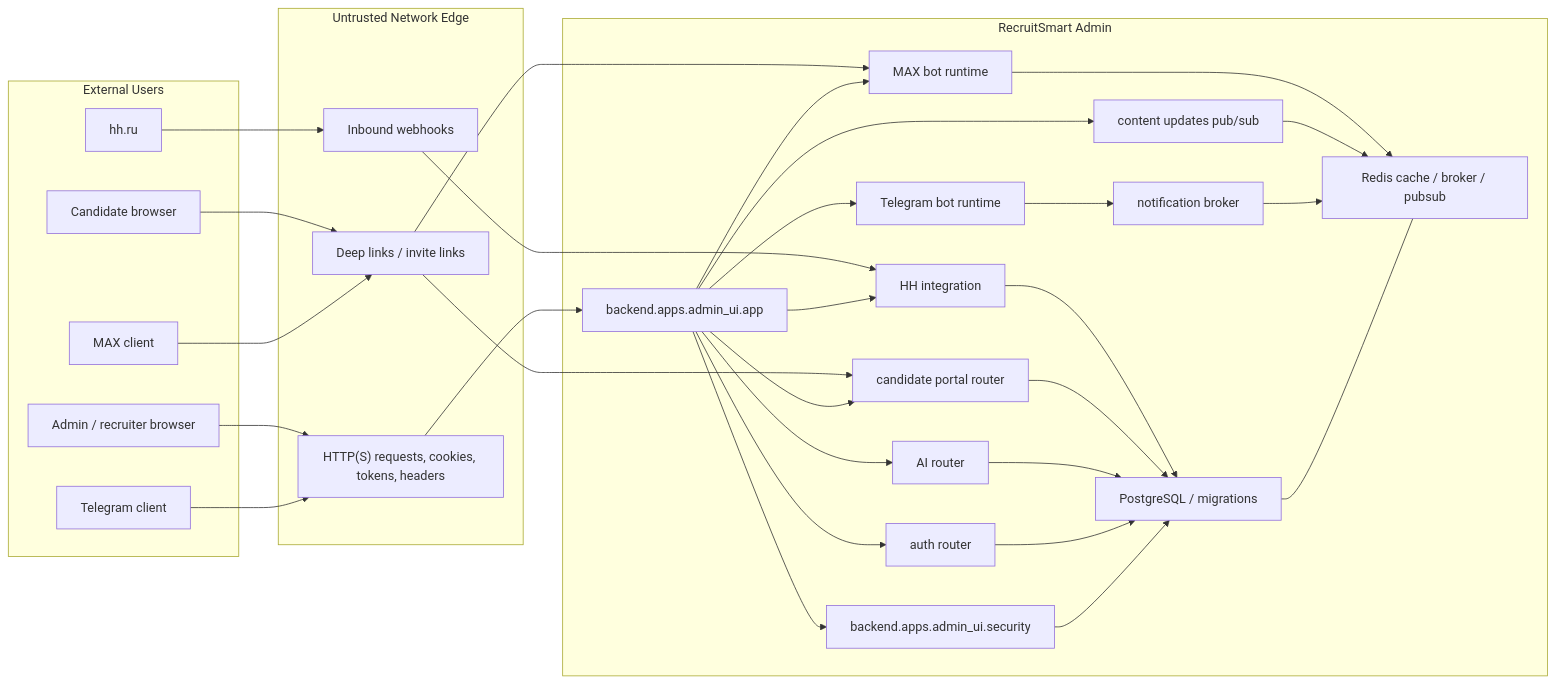
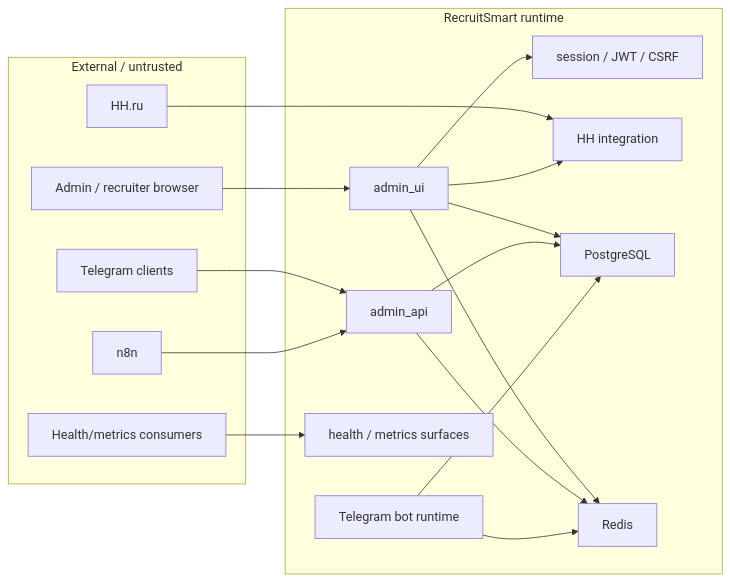
The diagram in docs/security/trust-boundaries.md (padka/HR), drawn with Mermaid before and after one commit. The commit also changed other lines of this file and 234 other files, not shown here.

Commit message:
feat(max): add bounded candidate runtime surfaces

````diff
--- a/docs/security/trust-boundaries.md
+++ b/docs/security/trust-boundaries.md
@@ -40,61 +28,36 @@
 ```mermaid
 flowchart LR
-  subgraph U["External Users"]
-    Admin["Admin / recruiter browser"]
-    Candidate["Candidate browser"]
-    Telegram["Telegram client"]
-    Max["MAX client"]
-    HH["hh.ru"]
+  subgraph External["External / untrusted"]
+    Browser["Admin / recruiter browser"]
+    Telegram["Telegram clients"]
+    HH["HH.ru"]
+    N8N["n8n"]
+    Probes["Health/metrics consumers"]
   end
 
-  subgraph Edge["Untrusted Network Edge"]
-    Browser["HTTP(S) requests, cookies, tokens, headers"]
-    Webhooks["Inbound webhooks"]
-    Deeplinks["Deep links / invite links"]
+  subgraph App["RecruitSmart runtime"]
+    AdminUI["admin_ui"]
+    AdminAPI["admin_api"]
+    Auth["session / JWT / CSRF"]
+    Bot["Telegram bot runtime"]
+    HHI["HH integration"]
+    Metrics["health / metrics surfaces"]
+    DB["PostgreSQL"]
+    Redis["Redis"]
   end
 
-  subgraph App["RecruitSmart Admin"]
-    UI["backend.apps.admin_ui.app"]
-    Security["backend.apps.admin_ui.security"]
-    Portal["candidate portal router"]
-    Auth["auth router"]
-    AI["AI router"]
-    HHI["HH integration"]
-    Content["content updates pub/sub"]
-    Bot["Telegram bot runtime"]
-    MaxBot["MAX bot runtime"]
-    Broker["notification broker"]
-    DB["PostgreSQL / migrations"]
-    Redis["Redis cache / broker / pubsub"]
-  end
+  Browser --> AdminUI
+  Telegram --> AdminAPI
+  HH --> HHI
+  N8N --> AdminAPI
+  Probes --> Metrics
 
-  Admin --> Browser
-  Candidate --> Deeplinks
-  Telegram --> Browser
-  Max --> Deeplinks
-  HH --> Webhooks
-
-  Browser --> UI
-  Webhooks --> HHI
-  Deeplinks --> Portal
-  Deeplinks --> MaxBot
-
-  UI --> Security
-  UI --> Auth
-  UI --> Portal
-  UI --> AI
-  UI --> HHI
-  UI --> Content
-  UI --> Bot
-  UI --> MaxBot
-  Bot --> Broker
-  MaxBot --> Redis
-  HHI --> DB
-  Portal --> DB
-  AI --> DB
-  Auth --> DB
-  Security --> DB
-  Content --> Redis
-  Broker --> Redis
-  DB --- Redis
+  AdminUI --> Auth
+  AdminUI --> HHI
+  AdminUI --> DB
+  AdminUI --> Redis
+  AdminAPI --> DB
+  AdminAPI --> Redis
+  Bot --> Redis
+  Bot --> DB
 ```
````
